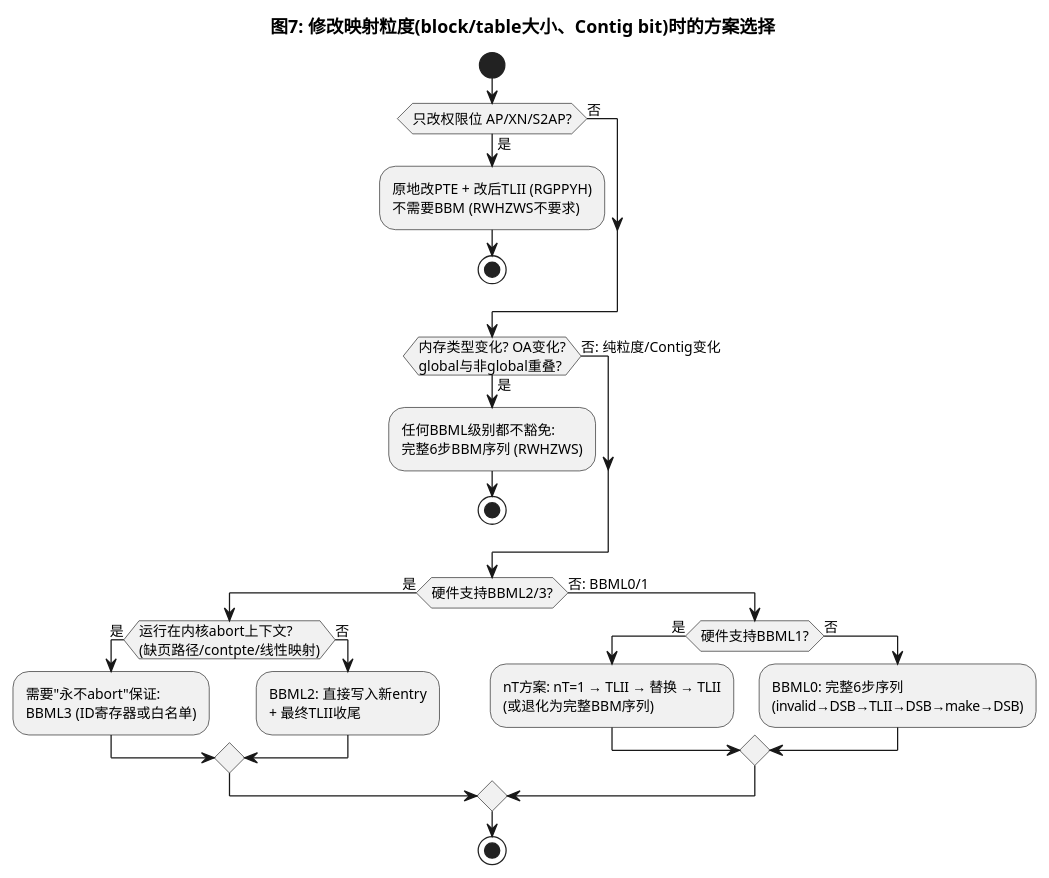
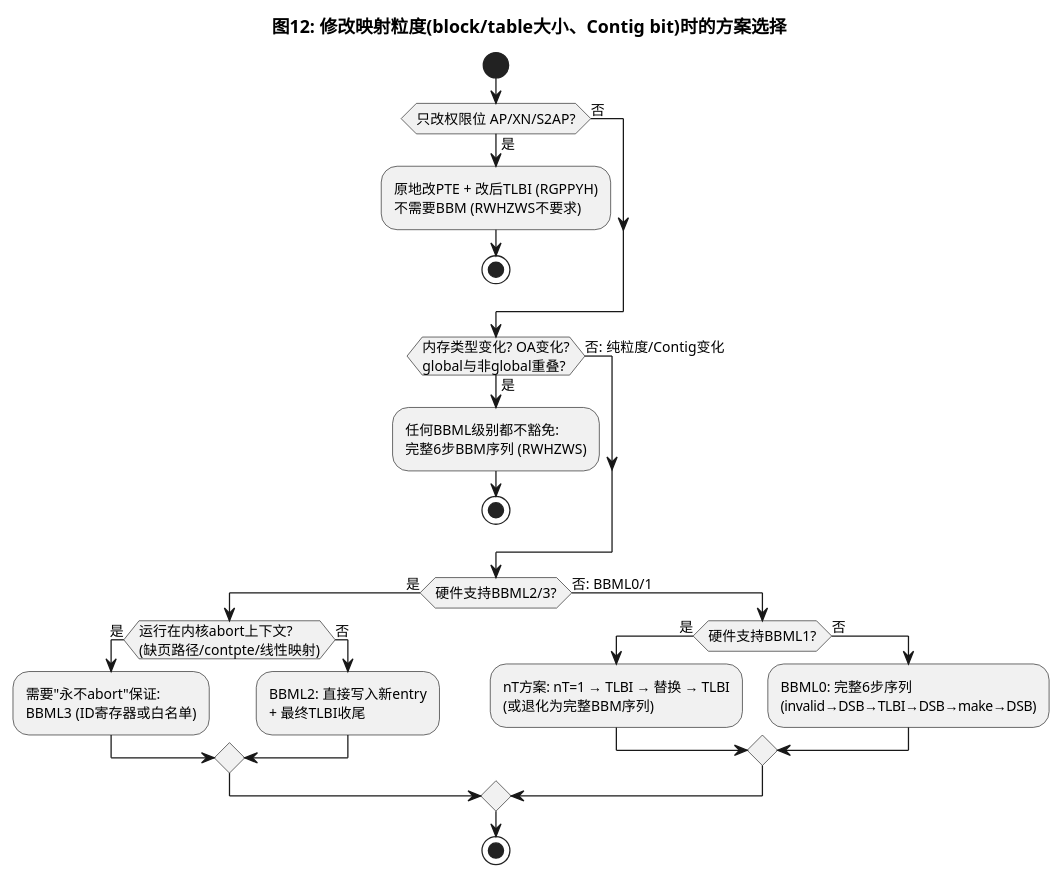
Diagram 13 of 13 in source/_posts/ARM64-BBML源码分析-BBML0-BBML3.md (AkiraZheng/AkiraZheng.github.io), drawn with PlantUML before and after one commit. The commit also changed other lines of this file and 4 other files, not shown here.

````diff
--- a/source/_posts/ARM64-BBML源码分析-BBML0-BBML3.md
+++ b/source/_posts/ARM64-BBML源码分析-BBML0-BBML3.md
@@ -1045,33 +1741,33 @@
 ```plantuml
 @startuml
 skinparam backgroundColor white
 skinparam defaultFontSize 11
-title 图7: 修改映射粒度(block/table大小、Contig bit)时的方案选择
+title 图12: 修改映射粒度(block/table大小、Contig bit)时的方案选择
 
 start
 if (只改权限位 AP/XN/S2AP?) then (是)
-  :原地改PTE + 改后TLII (RGPPYH)\n不需要BBM (RWHZWS不要求);
+  :原地改PTE + 改后TLBI (RGPPYH)\n不需要BBM (RWHZWS不要求);
   stop
 else (否)
 endif
 if (内存类型变化? OA变化?\nglobal与非global重叠?) then (是)
   :任何BBML级别都不豁免:\n完整6步BBM序列 (RWHZWS);
   stop
 else (否: 纯粒度/Contig变化)
 endif
 if (硬件支持BBML2/3?) then (是)
   if (运行在内核abort上下文?\n(缺页路径/contpte/线性映射)) then (是)
     :需要"永不abort"保证:\nBBML3 (ID寄存器或白名单);
   else (否)
-    :BBML2: 直接写入新entry\n+ 最终TLII收尾;
+    :BBML2: 直接写入新entry\n+ 最终TLBI收尾;
   endif
 else (否: BBML0/1)
   if (硬件支持BBML1?) then (是)
-    :nT方案: nT=1 → TLII → 替换 → TLII\n(或退化为完整BBM序列);
+    :nT方案: nT=1 → TLBI → 替换 → TLBI\n(或退化为完整BBM序列);
   else (否)
-    :BBML0: 完整6步序列\n(invalid→DSB→TLII→DSB→make→DSB);
+    :BBML0: 完整6步序列\n(invalid→DSB→TLBI→DSB→make→DSB);
   endif
 endif
 stop
 @enduml
 ```
````
